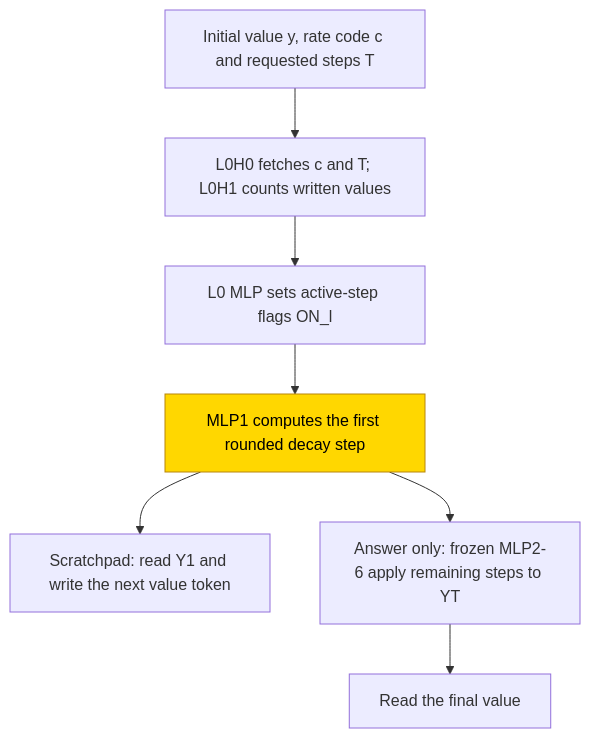
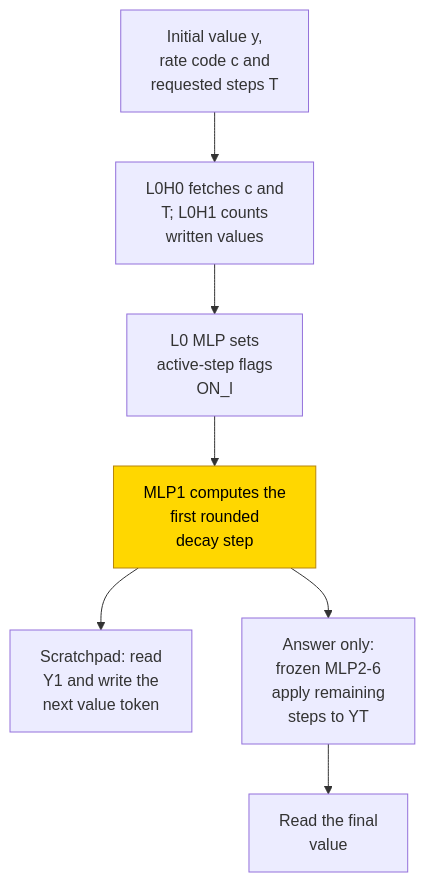
One commit to jc1122/mechanistic-interpretability-circuit-atlas changed the diagram in entries/euler-decay-ode.md. Above: the diagram before and after it, drawn with Mermaid. The commit also changed 39 other files, not shown here.

````diff
--- a/entries/euler-decay-ode.md
+++ b/entries/euler-decay-ode.md
@@ -79,13 +79,13 @@
 ```mermaid
 flowchart TD
     accTitle: Hand-built rounded-decay update and remaining frozen steps
     accDescr: Frozen rate and duration retrieval and active-step flags feed the only trained PART update MLP. Scratchpad scoring supplies preceding correct values; answer only passes its absolute current-value channel through remaining frozen updates. Closed-form status is none because no trained update formula was substituted.
-    P["Initial value y, rate code c and requested steps T"] --> F["L0H0 fetches c and T; L0H1 counts written values"]
-    F --> G["L0 MLP sets active-step flags ON_l"]
-    G --> M["MLP1 computes the first rounded decay step"]
-    M --> Y["Scratchpad: read Y1 and write the next value token"]
-    M --> A["Answer only: frozen MLP2-6 apply remaining steps to YT"]
-    A --> R["Read the final value"]
+    P["Initial value y,<br/>rate code c and<br/>requested steps T"] --> F["L0H0 fetches c and<br/>T; L0H1 counts<br/>written values"]
+    F --> G["L0 MLP sets<br/>active-step flags<br/>ON_l"]
+    G --> M["MLP1 computes the<br/>first rounded<br/>decay step"]
+    M --> Y["Scratchpad: read<br/>Y1 and write the<br/>next value token"]
+    M --> A["Answer only:<br/>frozen MLP2-6<br/>apply remaining<br/>steps to YT"]
+    A --> R["Read the final<br/>value"]
     classDef trained fill:gold,stroke:darkgoldenrod,color:black
     class M trained
 ```
````
